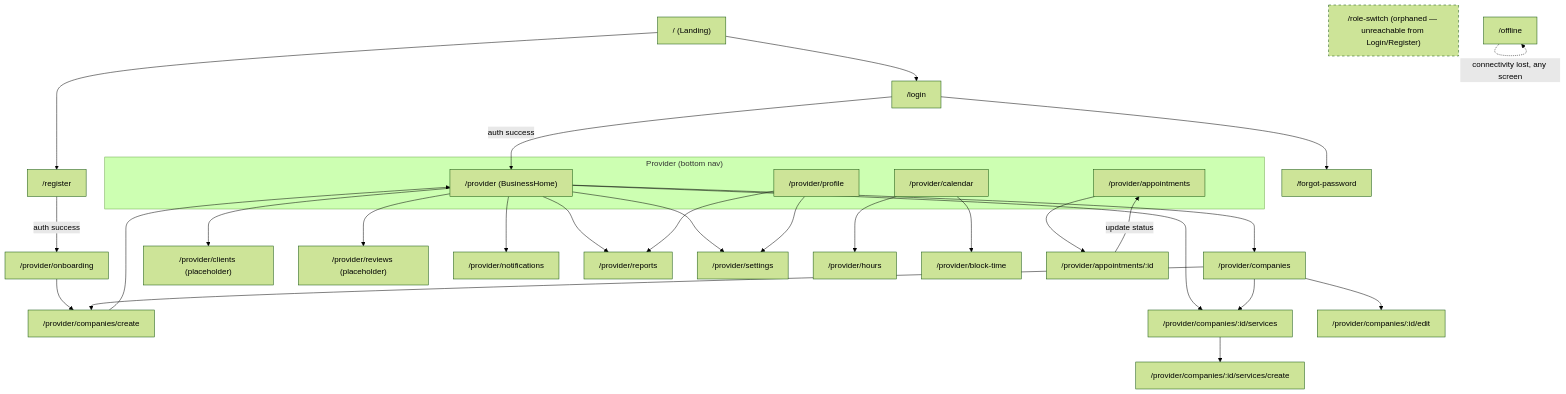
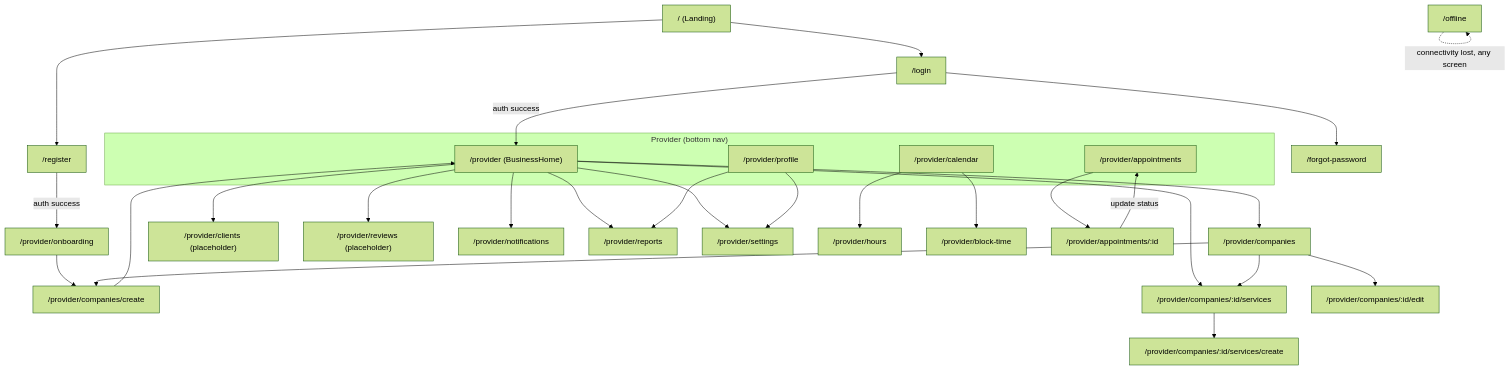
Before and after one commit to haliam/Bookas: the first of 2 diagrams in docs/features/use-cases.md, drawn with Mermaid (forest theme). The commit also changed other lines of this file and 3 other files, not shown here.

First line of the commit message:
Remove orphaned Role Switch screen and route

````diff
--- a/docs/features/use-cases.md
+++ b/docs/features/use-cases.md
@@ -174,47 +172,43 @@
 ```mermaid
 flowchart TD
     Landing["/ (Landing)"] --> Login["/login"]
     Landing --> Register["/register"]
     Login --> Forgot["/forgot-password"]
     Login -->|auth success| Home["/provider (BusinessHome)"]
     Register -->|auth success| ProvOnboarding["/provider/onboarding"]
     ProvOnboarding --> CreateCompany["/provider/companies/create"]
-
-    RoleSwitch["/role-switch (orphaned — unreachable from Login/Register)"]
 
     subgraph ProviderLayout["Provider (bottom nav)"]
         Home
         Calendar["/provider/calendar"]
         Appointments["/provider/appointments"]
         Profile["/provider/profile"]
     end
 
     CreateCompany --> Home
 
     Home --> Companies["/provider/companies"]
     Home --> Clients["/provider/clients (placeholder)"]
     Home --> Services["/provider/companies/:id/services"]
     Home --> Reviews["/provider/reviews (placeholder)"]
     Home --> Notifications["/provider/notifications"]
     Home --> Reports["/provider/reports"]
     Home --> Settings["/provider/settings"]
 
     Companies --> CreateCompany
     Companies --> EditCompany["/provider/companies/:id/edit"]
     Companies --> Services
 
     Services --> CreateService["/provider/companies/:id/services/create"]
 
     Calendar --> Hours["/provider/hours"]
     Calendar --> BlockTime["/provider/block-time"]
 
     Appointments --> ApptDetail["/provider/appointments/:id"]
     ApptDetail -->|update status| Appointments
 
     Profile --> Settings
     Profile --> Reports
 
     Offline["/offline"] -.->|connectivity lost, any screen| Offline
-
-    style RoleSwitch stroke-dasharray: 5 5
 ```
````
